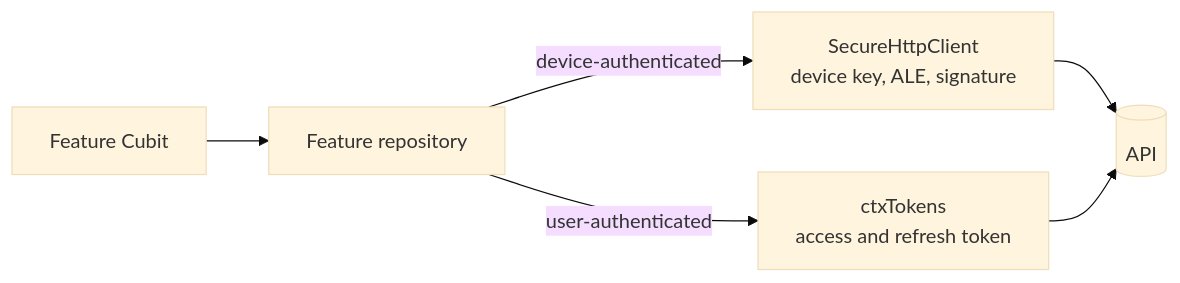
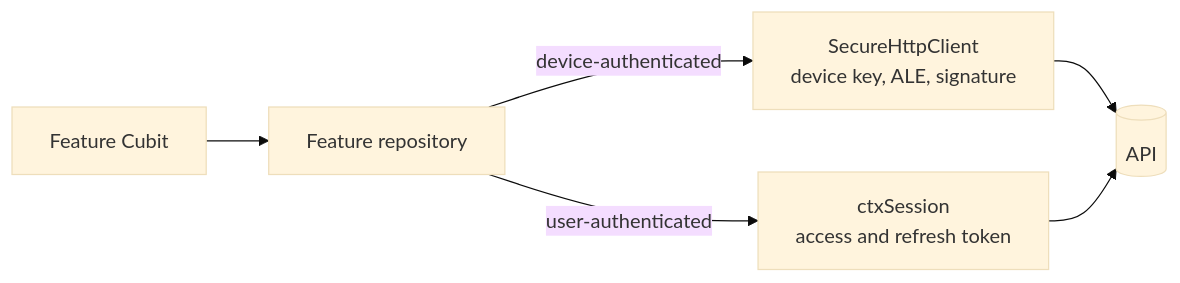
The second of 7 diagrams in docs/architecture/mobile-app.md (gbrandtio/ctx.0), drawn with Mermaid (base theme) before and after one commit. The commit also changed other lines of this file and 70 other files, not shown here.

Commit message:
Fixing architecture, updating documentation, fixing naming conventions

````diff
--- a/docs/architecture/mobile-app.md
+++ b/docs/architecture/mobile-app.md
@@ -161,12 +224,12 @@
 ```mermaid
 flowchart LR
     cubit["Feature Cubit"]
     repo["Feature repository"]
     sec["SecureHttpClient<br/>device key, ALE, signature"]
-    tok["ctxTokens<br/>access and refresh token"]
+    tok["ctxSession<br/>access and refresh token"]
     api[("API")]
 
     cubit --> repo
     repo -->|device-authenticated| sec --> api
     repo -->|user-authenticated| tok --> api
 ```
````
